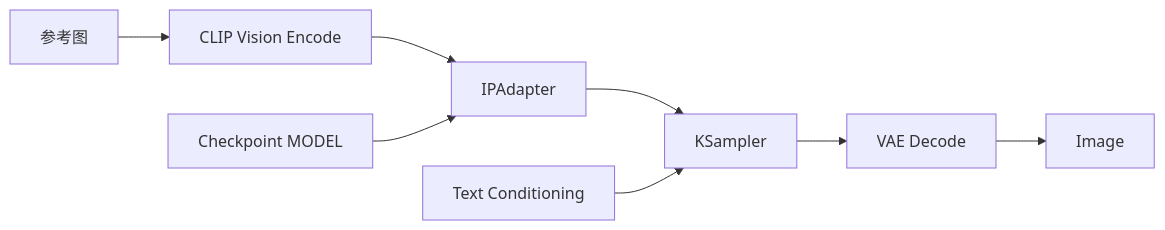
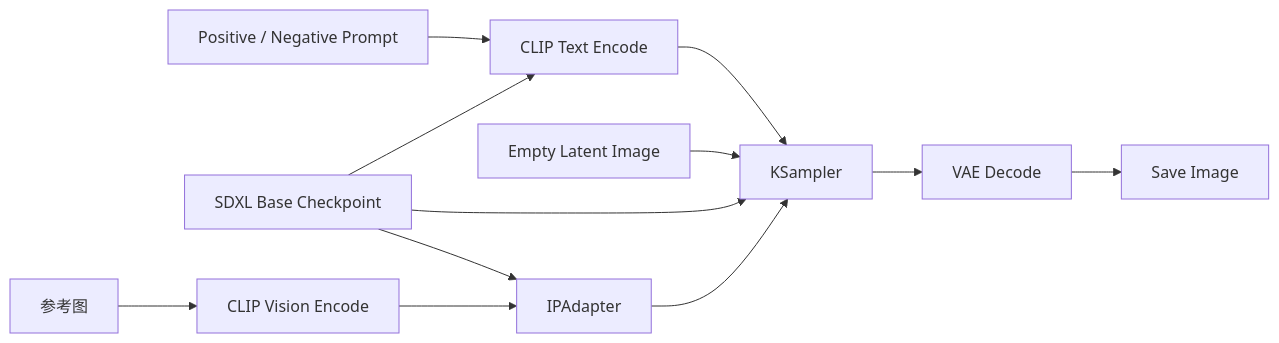
Before and after one commit to lazxy74/ComfyUI-Research: the diagram in comfyui-workflow-research/docs/05-sdxl-ipadapter.md, drawn with Mermaid. The commit also changed other lines of this file and 6 other files, not shown here.

````diff
--- a/comfyui-workflow-research/docs/05-sdxl-ipadapter.md
+++ b/comfyui-workflow-research/docs/05-sdxl-ipadapter.md
@@ -46,10 +11,14 @@
 ```mermaid
 flowchart LR
+    P["Positive / Negative Prompt"] --> C["CLIP Text Encode"]
+    B["SDXL Base Checkpoint"] --> C
+    B --> KS["KSampler"]
+    C --> KS
+    L["Empty Latent Image"] --> KS
     RI["参考图"] --> CV["CLIP Vision Encode"]
     CV --> IPA["IPAdapter"]
-    CK["Checkpoint MODEL"] --> IPA
-    IPA --> KS["KSampler"]
-    TX["Text Conditioning"] --> KS
-    KS --> VD["VAE Decode"]
-    VD --> IM["Image"]
+    B --> IPA
+    IPA --> KS
+    KS --> V["VAE Decode"]
+    V --> I["Save Image"]
 ```
````
